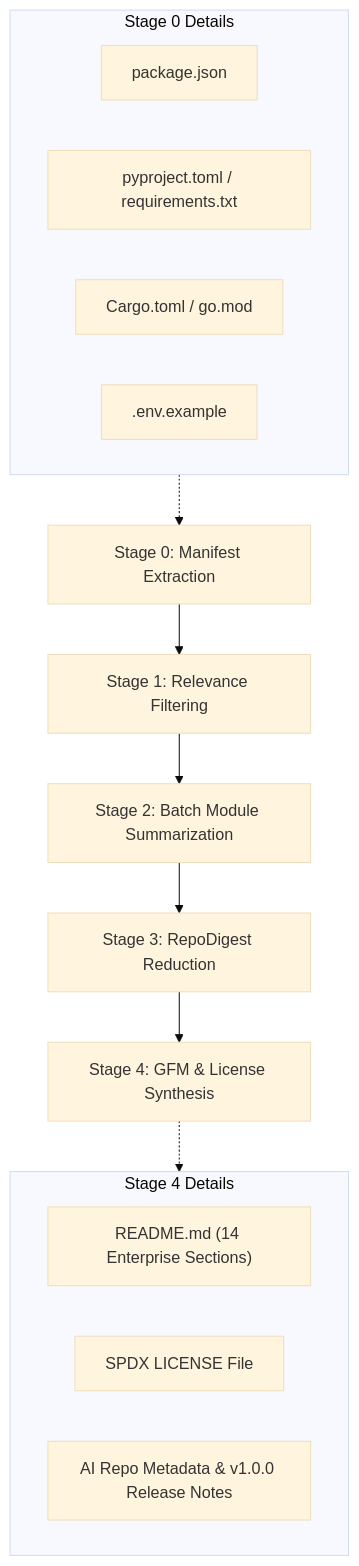
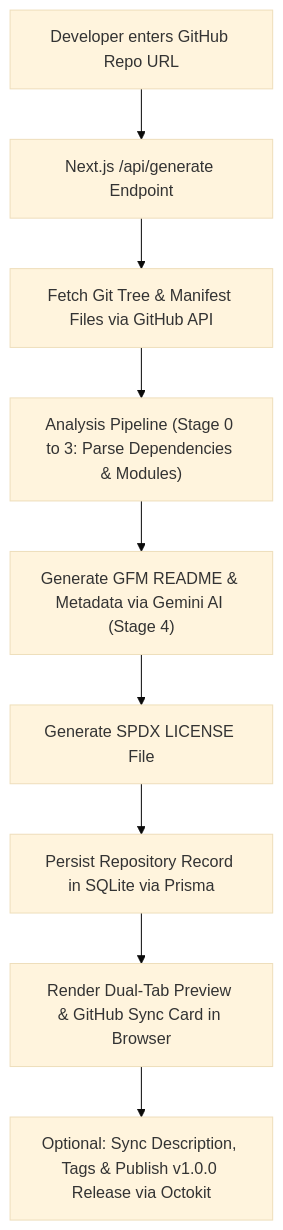
Before and after one commit to Bavly-Hamdy/ReadmeForge: the diagram in README.md, drawn with Mermaid (base theme). The commit also changed other lines of this file, not shown here.

````diff
--- a/README.md
+++ b/README.md
@@ -192,23 +73,11 @@
 ```mermaid
 flowchart TD
-    S0["Stage 0: Manifest Extraction"] --> S1["Stage 1: Relevance Filtering"]
-    S1 --> S2["Stage 2: Batch Module Summarization"]
-    S2 --> S3["Stage 3: RepoDigest Reduction"]
-    S3 --> S4["Stage 4: GFM & License Synthesis"]
-
-    subgraph S0_Details["Stage 0 Details"]
-        M1["package.json"]
-        M2["pyproject.toml / requirements.txt"]
-        M3["Cargo.toml / go.mod"]
-        M4[".env.example"]
-    end
-
-    subgraph S4_Details["Stage 4 Details"]
-        O1["README.md (14 Enterprise Sections)"]
-        O2["SPDX LICENSE File"]
-        O3["AI Repo Metadata & v1.0.0 Release Notes"]
-    end
-
-    S0_Details -.-> S0
-    S4 -.-> S4_Details
+    A["Developer enters GitHub Repo URL"] --> B["Next.js /api/generate Endpoint"]
+    B --> C["Fetch Git Tree & Manifest Files via GitHub API"]
+    C --> D["Analysis Pipeline (Stage 0 to 3: Parse Dependencies & Modules)"]
+    D --> E["Generate GFM README & Metadata via Gemini AI (Stage 4)"]
+    E --> F["Generate SPDX LICENSE File"]
+    F --> G["Persist Repository Record in SQLite via Prisma"]
+    G --> H["Render Dual-Tab Preview & GitHub Sync Card in Browser"]
+    H --> I["Optional: Sync Description, Tags & Publish v1.0.0 Release via Octokit"]
 ```
````
